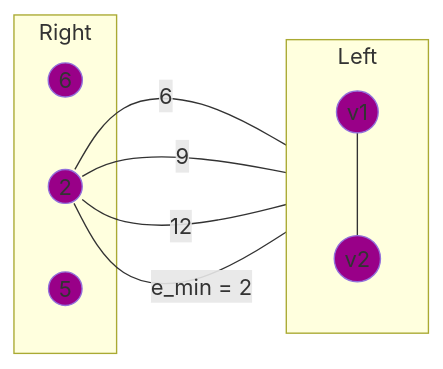
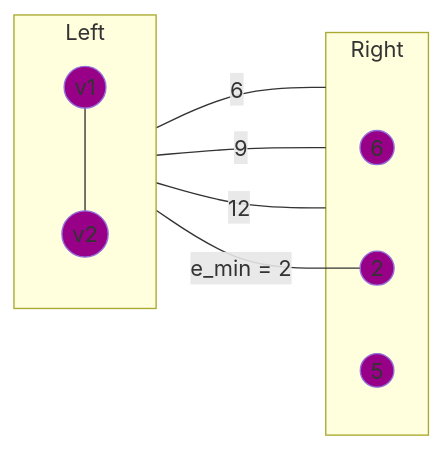
One commit to nathanc7278/cs180-W25 changed diagram 20 of 26 in Notes/Graph Algorithms.md. Above: the diagram before and after it, drawn with Mermaid.

Commit message:
Update Graph Algorithms.md

````diff
--- a/Notes/Graph Algorithms.md
+++ b/Notes/Graph Algorithms.md
@@ -612,24 +612,24 @@
 ```mermaid
     graph LR
         subgraph Right
             2@{shape: circle, label: "6"}
             3@{shape: circle, label: "2"}
             4@{shape: circle, label: "5"}
             
         end
         subgraph Left
             direction TB
             1@{shape: circle, label: "v1"}
             5@{shape: circle, label: "v2"}
         end
         1 --- 5
         5 -- e_min = 2 --- 3
-        3 --6 --- Left
-        3 --9 --- Left
-        3 --12 --- Left
+        5 --6 --- Right
+        5 --9 --- Right
+        5 --12 --- Right
         style 1 fill:#908
         style 2 fill:#908
         style 3 fill:#908
         style 4 fill:#908
         style 5 fill:#908
 ```
````
